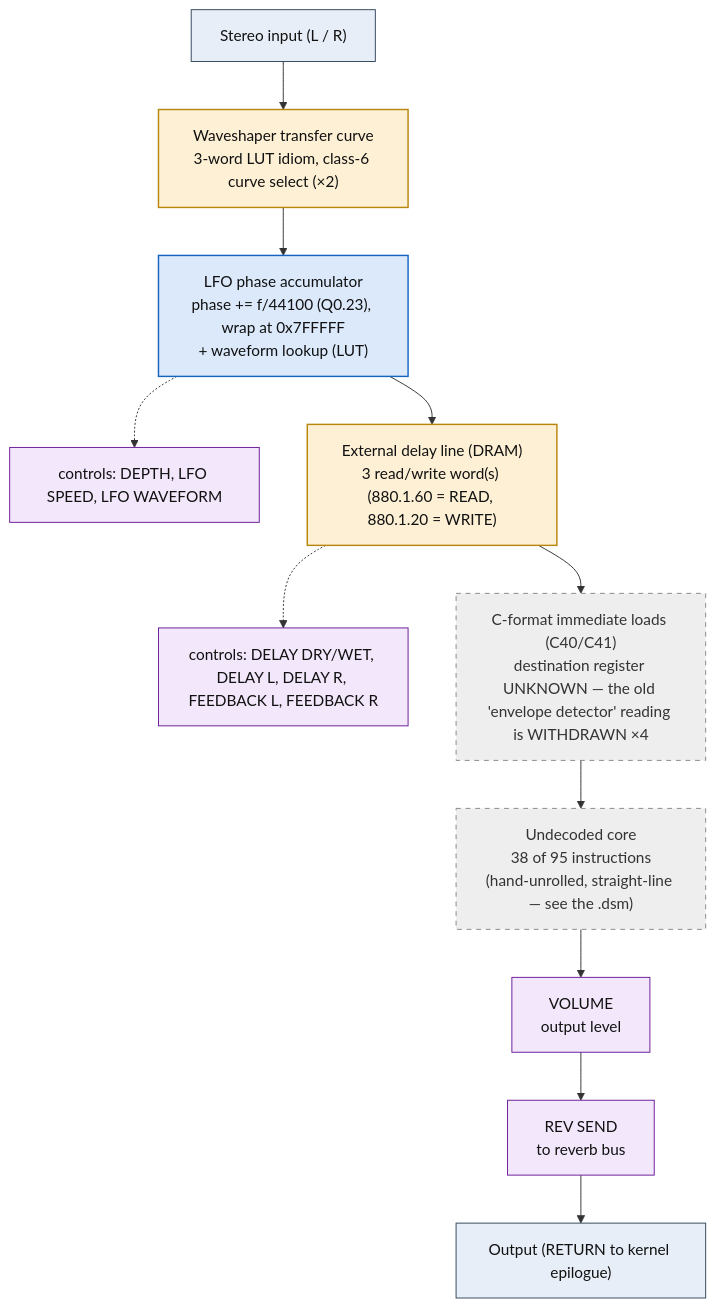
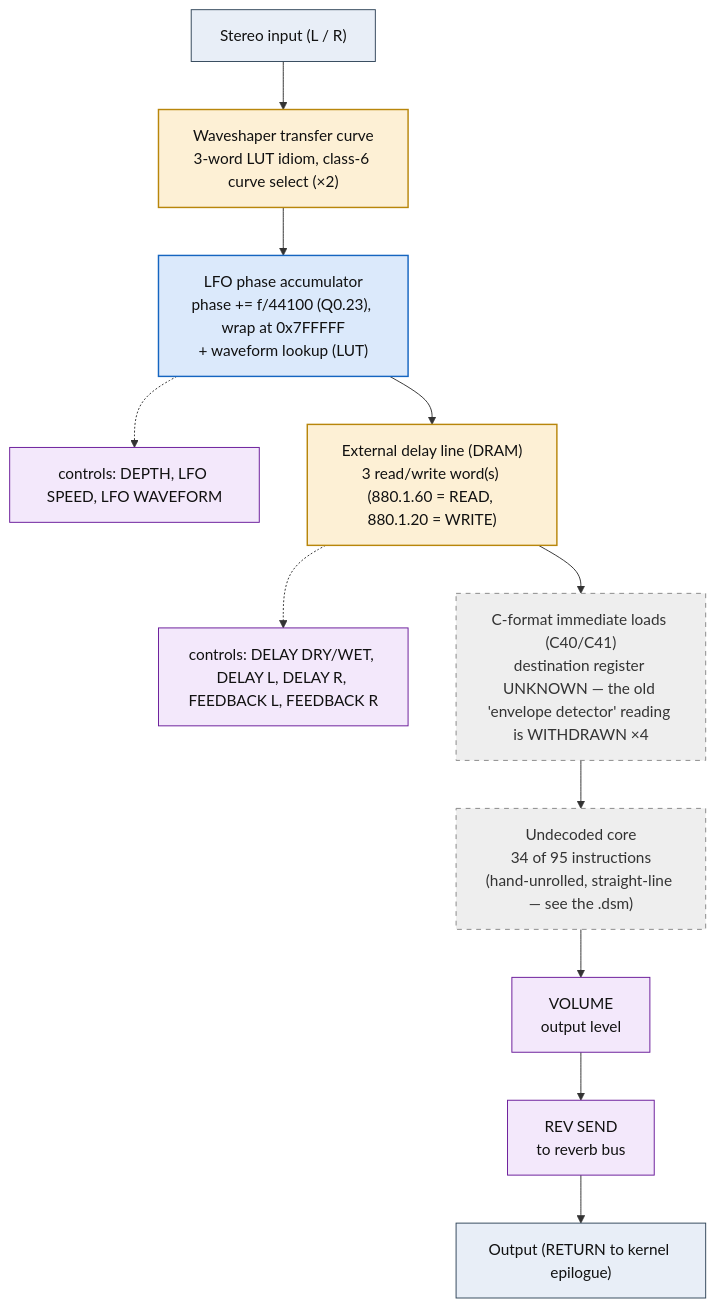
Before and after one commit to ArqueologiaDigital/kn5000-roms-disasm: the diagram in dsp/flowcharts/prog64_s_delay_chorus.md, drawn with Mermaid. The commit also changed other lines of this file and 63 other files, not shown here.

````diff
--- a/dsp/flowcharts/prog64_s_delay_chorus.md
+++ b/dsp/flowcharts/prog64_s_delay_chorus.md
@@ -12,36 +12,36 @@
 ```mermaid
 flowchart TD
     N0["Stereo input (L / R)"]
     N1["Waveshaper transfer curve<br/>3-word LUT idiom, class-6 curve select (&times;2)"]
     N0 --> N1
     N2["LFO phase accumulator<br/>phase += f/44100 (Q0.23), wrap at 0x7FFFFF<br/>+ waveform lookup (LUT)"]
     N1 --> N2
     N3["controls: DEPTH, LFO SPEED, LFO WAVEFORM"]
     N2 -.-> N3
     N4["External delay line (DRAM)<br/>3 read/write word(s) (880.1.60 = READ, 880.1.20 = WRITE)"]
     N2 --> N4
     N5["controls: DELAY DRY/WET, DELAY L, DELAY R, FEEDBACK L, FEEDBACK R"]
     N4 -.-> N5
     N6["C-format immediate loads (C40/C41)<br/>destination register UNKNOWN &mdash; the old 'envelope detector' reading is WITHDRAWN &times;4"]
     N4 --> N6
-    N7["Undecoded core<br/>38 of 95 instructions<br/>(hand-unrolled, straight-line &mdash; see the .dsm)"]
+    N7["Undecoded core<br/>34 of 95 instructions<br/>(hand-unrolled, straight-line &mdash; see the .dsm)"]
     N6 --> N7
     N8["VOLUME<br/>output level"]
     N7 --> N8
     N9["REV SEND<br/>to reverb bus"]
     N8 --> N9
     N10["Output (RETURN to kernel epilogue)"]
     N9 --> N10
 
     classDef io fill:#e8eef7,stroke:#33475b,stroke-width:1px,color:#111;
     classDef proven fill:#d7f0d7,stroke:#2e7d32,stroke-width:2px,color:#111;
     classDef measured fill:#dbe9fb,stroke:#1565c0,stroke-width:1.5px,color:#111;
     classDef inferred fill:#fdf0d5,stroke:#b8860b,stroke-width:1.5px,color:#111;
     classDef open fill:#eeeeee,stroke:#888,stroke-width:1px,color:#333,stroke-dasharray:5 5;
     classDef ctrl fill:#f3e8fb,stroke:#6a1b9a,stroke-width:1px,color:#111;
     class N0,N10 io;
     class N1,N4 inferred;
     class N2 measured;
     class N3,N5,N8,N9 ctrl;
     class N6,N7 open;
 ```
````
